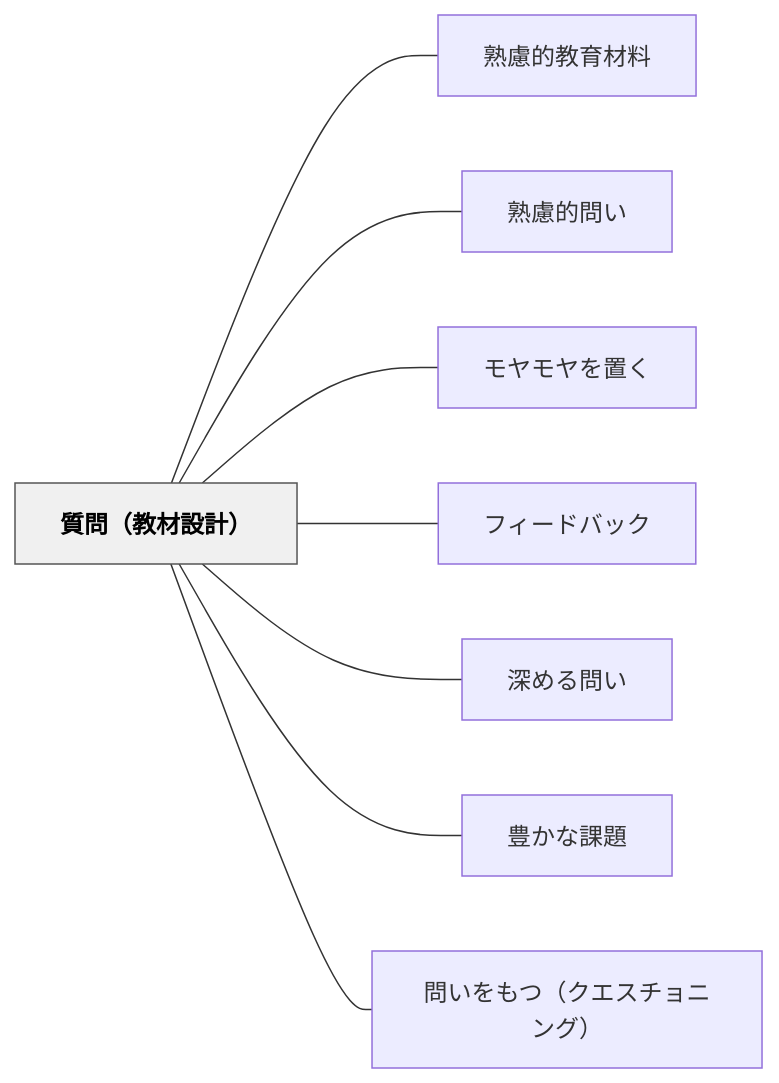
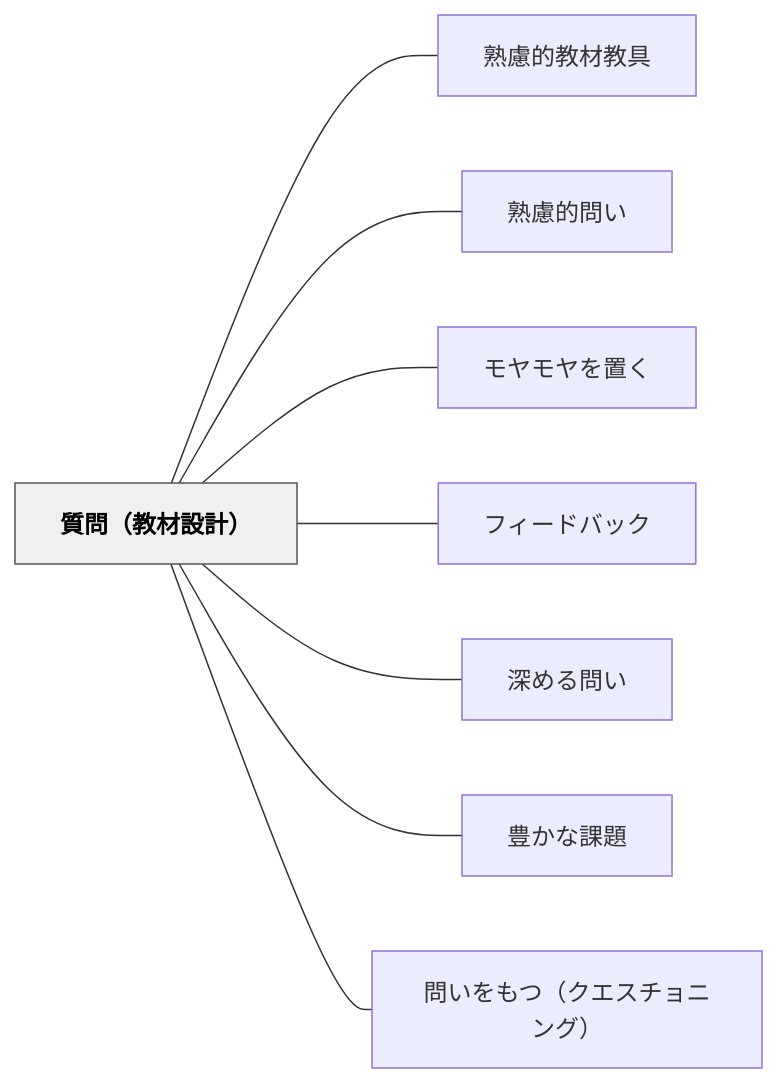
Before and after one commit to unknownthings-ed-patterns/unknownthings-ed-patterns: the diagram in content/パタン/質問（教材設計）.md, drawn with Mermaid. The commit also changed other lines of this file and 72 other files, not shown here.

````diff
--- a/content/パタン/質問（教材設計）.md
+++ b/content/パタン/質問（教材設計）.md
@@ -50,22 +50,22 @@
 ```mermaid
 flowchart LR
     ne8b3aae5958fefbc88e69599e69d90e8a8ade8a888efbc89["質問（教材設計）"]
-    ne7869fe685aee79a84e69599e882b2e69d90e69699["熟慮的教育材料"]
+    ne7869fe685aee79a84e69599e69d90e69599e585b7["熟慮的教材教具"]
     ne7869fe685aee79a84e5958fe38184["熟慮的問い"]
     ne383a2e383a4e383a2e383a4e38292e7bdaee3818f["モヤモヤを置く"]
     ne38395e382a3e383bce38389e38390e38383e382af["フィードバック"]
     ne6b7b1e38281e3828be5958fe38184["深める問い"]
     ne8b18ae3818be381aae8aab2e9a18c["豊かな課題"]
     ne5958fe38184e38292e38282e381a4efbc88e382afe382a8e382b9e38381e383a7e3838be383b3e382b0efbc89["問いをもつ（クエスチョニング）"]
 
-    ne8b3aae5958fefbc88e69599e69d90e8a8ade8a888efbc89 --- ne7869fe685aee79a84e69599e882b2e69d90e69699
+    ne8b3aae5958fefbc88e69599e69d90e8a8ade8a888efbc89 --- ne7869fe685aee79a84e69599e69d90e69599e585b7
     ne8b3aae5958fefbc88e69599e69d90e8a8ade8a888efbc89 --- ne7869fe685aee79a84e5958fe38184
     ne8b3aae5958fefbc88e69599e69d90e8a8ade8a888efbc89 --- ne383a2e383a4e383a2e383a4e38292e7bdaee3818f
     ne8b3aae5958fefbc88e69599e69d90e8a8ade8a888efbc89 --- ne38395e382a3e383bce38389e38390e38383e382af
     ne8b3aae5958fefbc88e69599e69d90e8a8ade8a888efbc89 --- ne6b7b1e38281e3828be5958fe38184
     ne8b3aae5958fefbc88e69599e69d90e8a8ade8a888efbc89 --- ne8b18ae3818be381aae8aab2e9a18c
     ne8b3aae5958fefbc88e69599e69d90e8a8ade8a888efbc89 --- ne5958fe38184e38292e38282e381a4efbc88e382afe382a8e382b9e38381e383a7e3838be383b3e382b0efbc89
 
     classDef hub fill:#f0f0f0,stroke:#555,color:#000,font-weight:bold
     class ne8b3aae5958fefbc88e69599e69d90e8a8ade8a888efbc89 hub
 ```
````
